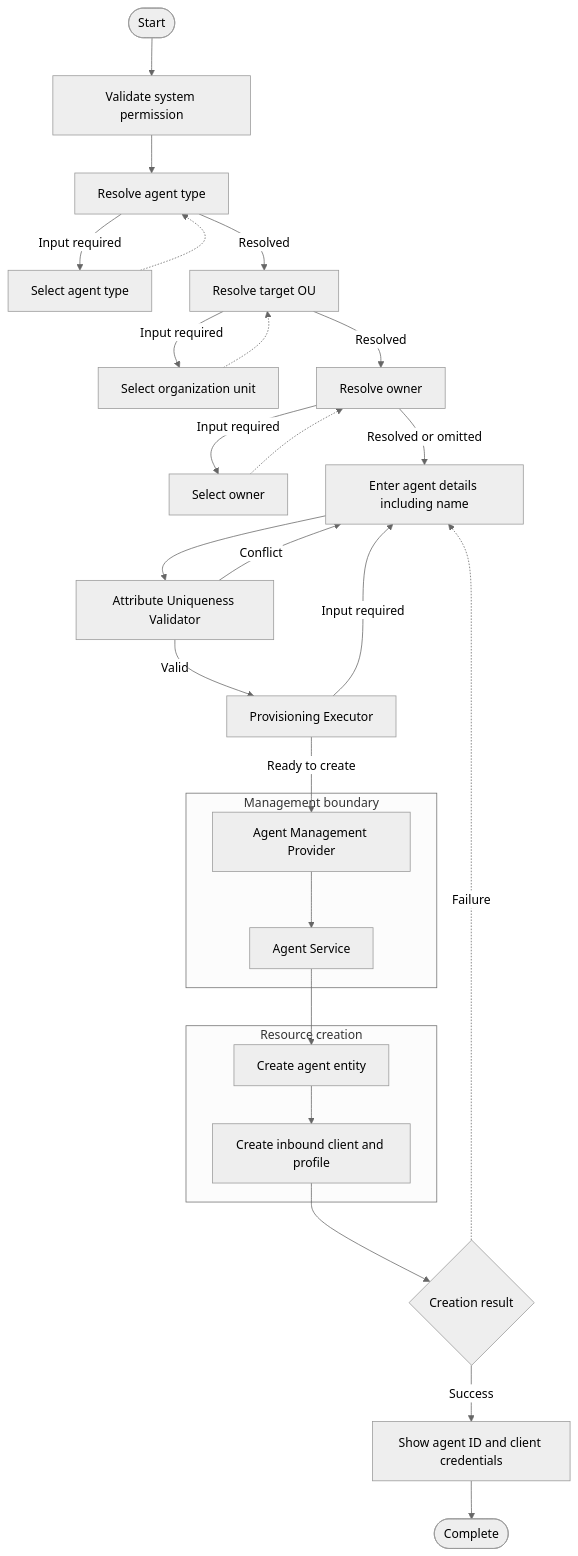
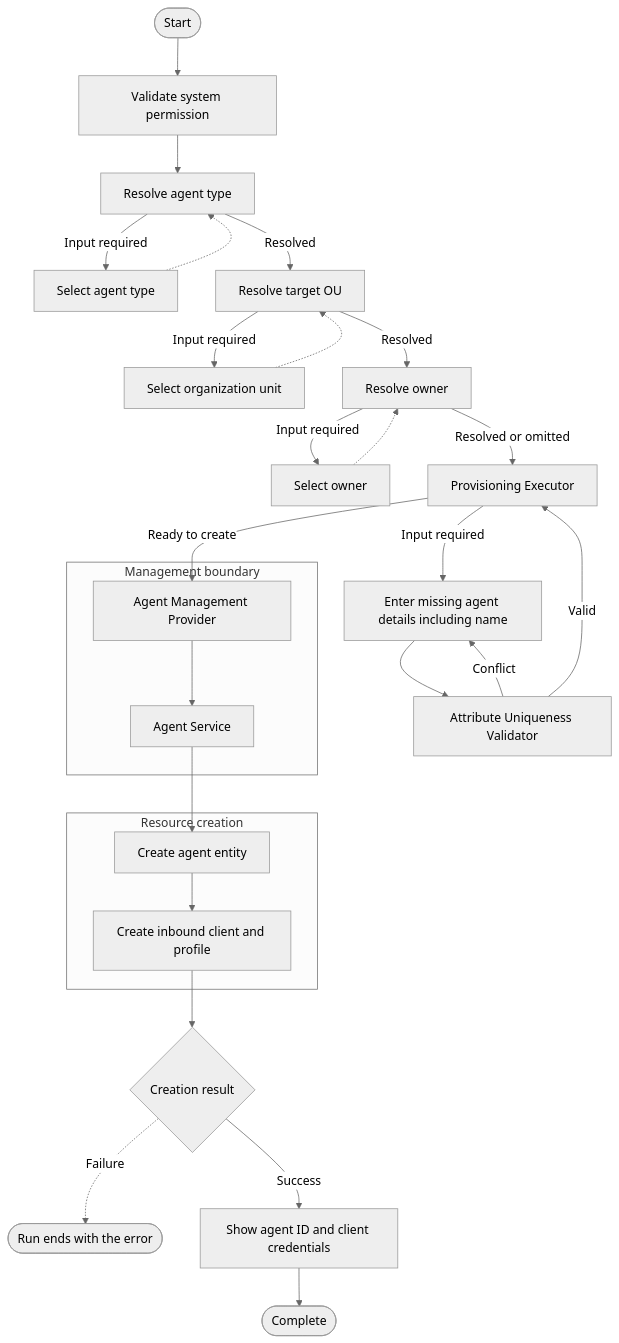
The diagram in docs-internals/agent-onbaording-flow/spec.md (thunder-id/thunderid), drawn with Mermaid (neutral theme) before and after one commit. The commit also changed other lines of this file and 25 other files, not shown here.

First line of the commit message:
Drop model and function from the default agent schema

````diff
--- a/docs-internals/agent-onbaording-flow/spec.md
+++ b/docs-internals/agent-onbaording-flow/spec.md
@@ -245,43 +245,43 @@
 ```mermaid
 flowchart TD
     START([Start]) --> PERM[Validate system permission]
     PERM --> TYPE[Resolve agent type]
 
     TYPE -->|Input required| TYPE_PROMPT[Select agent type]
     TYPE_PROMPT -.-> TYPE
     TYPE -->|Resolved| OU[Resolve target OU]
 
     OU -->|Input required| OU_PROMPT[Select organization unit]
     OU_PROMPT -.-> OU
     OU -->|Resolved| OWNER[Resolve owner]
 
     OWNER -->|Input required| OWNER_PROMPT[Select owner]
     OWNER_PROMPT -.-> OWNER
-    OWNER -->|Resolved or omitted| DETAILS[Enter agent details including name]
+    OWNER -->|Resolved or omitted| PROVISION[Provisioning Executor]
 
+    PROVISION -->|Input required| DETAILS[Enter missing agent details including name]
     DETAILS --> UNIQUE[Attribute Uniqueness Validator]
-    PROVISION[Provisioning Executor] -->|Input required| DETAILS
     UNIQUE -->|Conflict| DETAILS
     UNIQUE -->|Valid| PROVISION
 
     subgraph MANAGEMENT["Management boundary"]
         PROVIDER[Agent Management Provider]
         SERVICE[Agent Service]
     end
 
     subgraph RESOURCES["Resource creation"]
         ENTITY[Create agent entity]
         INBOUND[Create inbound client and profile]
     end
 
     PROVISION -->|Ready to create| PROVIDER
     PROVIDER --> SERVICE
     SERVICE --> ENTITY
     ENTITY --> INBOUND
     INBOUND --> RESULT{Creation result}
 
-    RESULT -.->|Failure| DETAILS
+    RESULT -.->|Failure| FAILED([Run ends with the error])
     RESULT -->|Success| CREDENTIALS[Show agent ID and client credentials]
     CREDENTIALS --> END([Complete])
 
 ```
````
